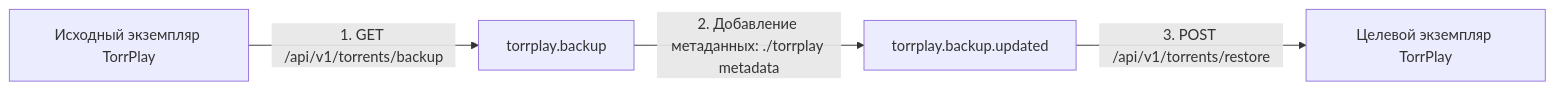
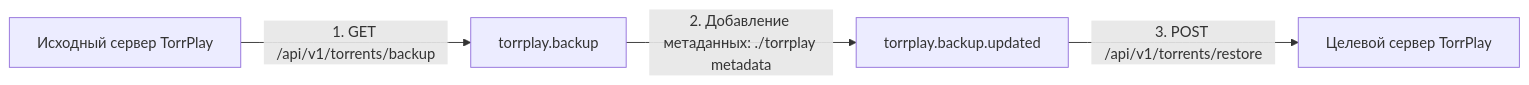
Before and after one commit to skunkie/skunkie.github.io: the diagram in content/ru/docs/backup.md, drawn with Mermaid. The commit also changed other lines of this file and 37 other files, not shown here.

````diff
--- a/content/ru/docs/backup.md
+++ b/content/ru/docs/backup.md
@@ -88,6 +87,6 @@
 ```mermaid
 graph LR
-    Inst1["Исходный экземпляр TorrPlay"] -->|1. GET /api/v1/torrents/backup| File["torrplay.backup"]
+    Inst1["Исходный сервер TorrPlay"] -->|1. GET /api/v1/torrents/backup| File["torrplay.backup"]
     File -->|2. Добавление метаданных: ./torrplay metadata| Updated["torrplay.backup.updated"]
-    Updated -->|3. POST /api/v1/torrents/restore| Inst2["Целевой экземпляр TorrPlay"]
+    Updated -->|3. POST /api/v1/torrents/restore| Inst2["Целевой сервер TorrPlay"]
 ```
````
